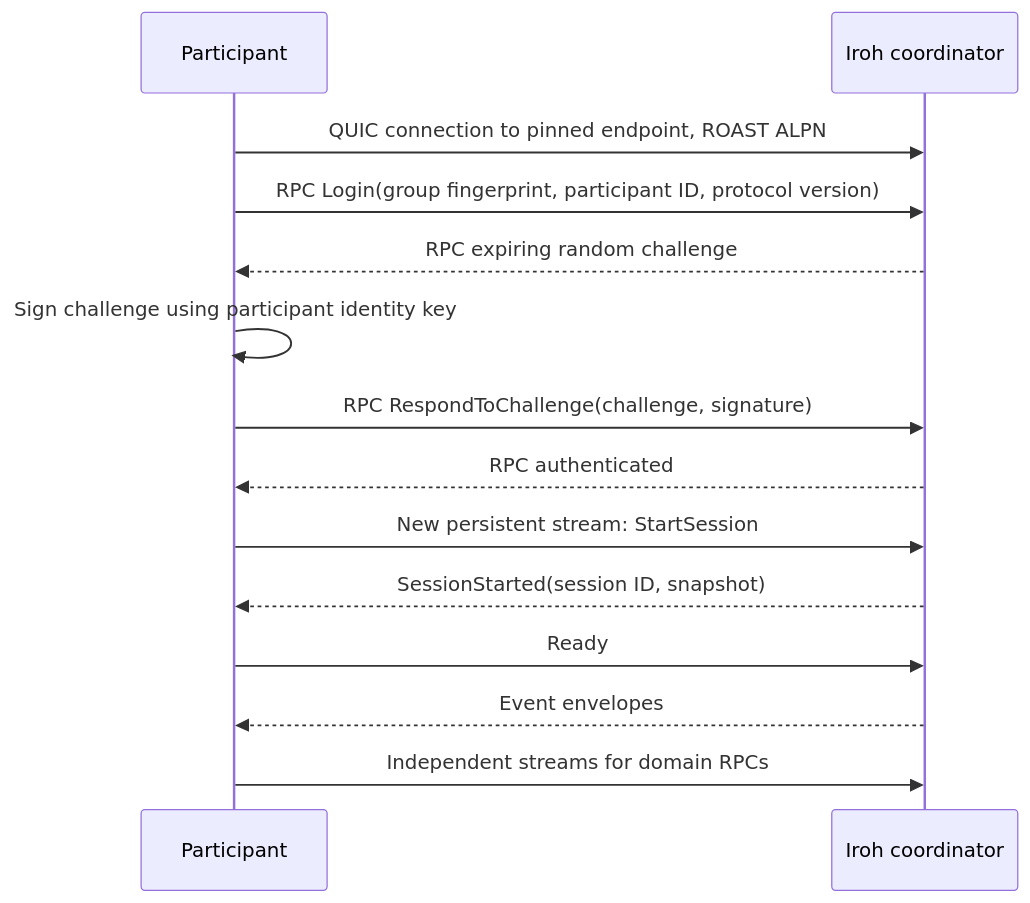
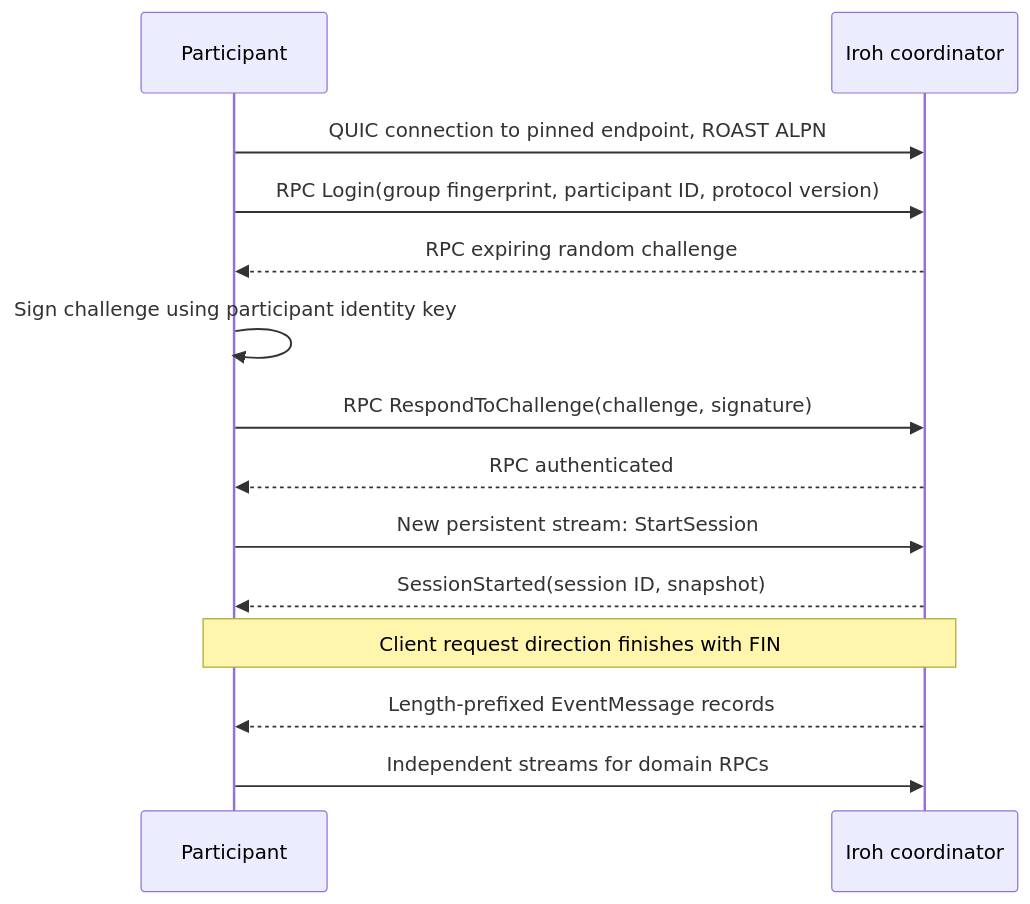
The diagram in architecture/iroh-transport.md (peerchemist/noosphere), drawn with Mermaid before and after one commit. The commit also changed other lines of this file and 39 other files, not shown here.

````diff
--- a/architecture/iroh-transport.md
+++ b/architecture/iroh-transport.md
@@ -53,16 +54,16 @@
 ```mermaid
 sequenceDiagram
     participant C as Participant
     participant S as Iroh coordinator
     C->>S: QUIC connection to pinned endpoint, ROAST ALPN
     C->>S: RPC Login(group fingerprint, participant ID, protocol version)
     S-->>C: RPC expiring random challenge
     C->>C: Sign challenge using participant identity key
     C->>S: RPC RespondToChallenge(challenge, signature)
     S-->>C: RPC authenticated
     C->>S: New persistent stream: StartSession
     S-->>C: SessionStarted(session ID, snapshot)
-    C->>S: Ready
-    S-->>C: Event envelopes
+    Note over C,S: Client request direction finishes with FIN
+    S-->>C: Length-prefixed EventMessage records
     C->>S: Independent streams for domain RPCs
 ```
````
